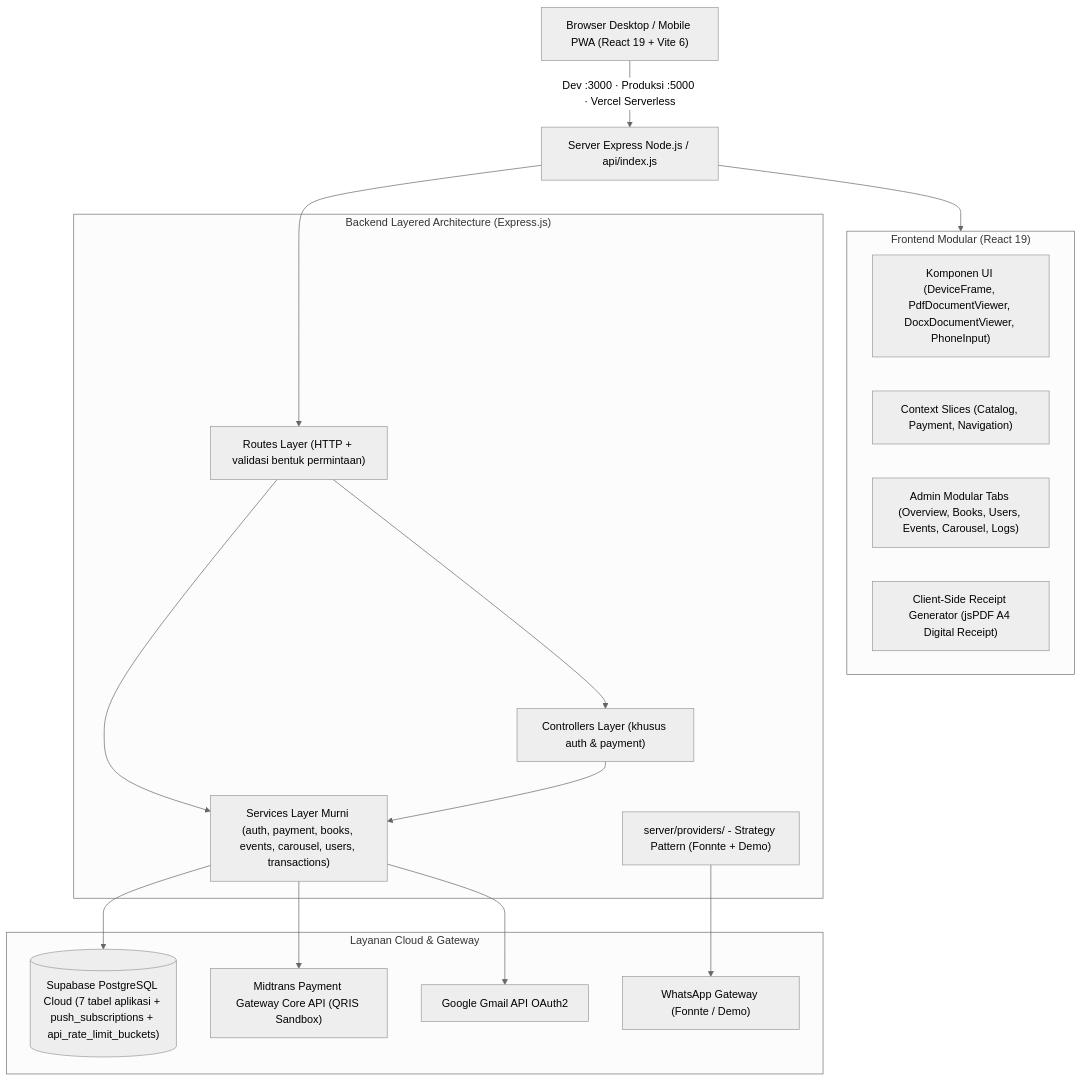
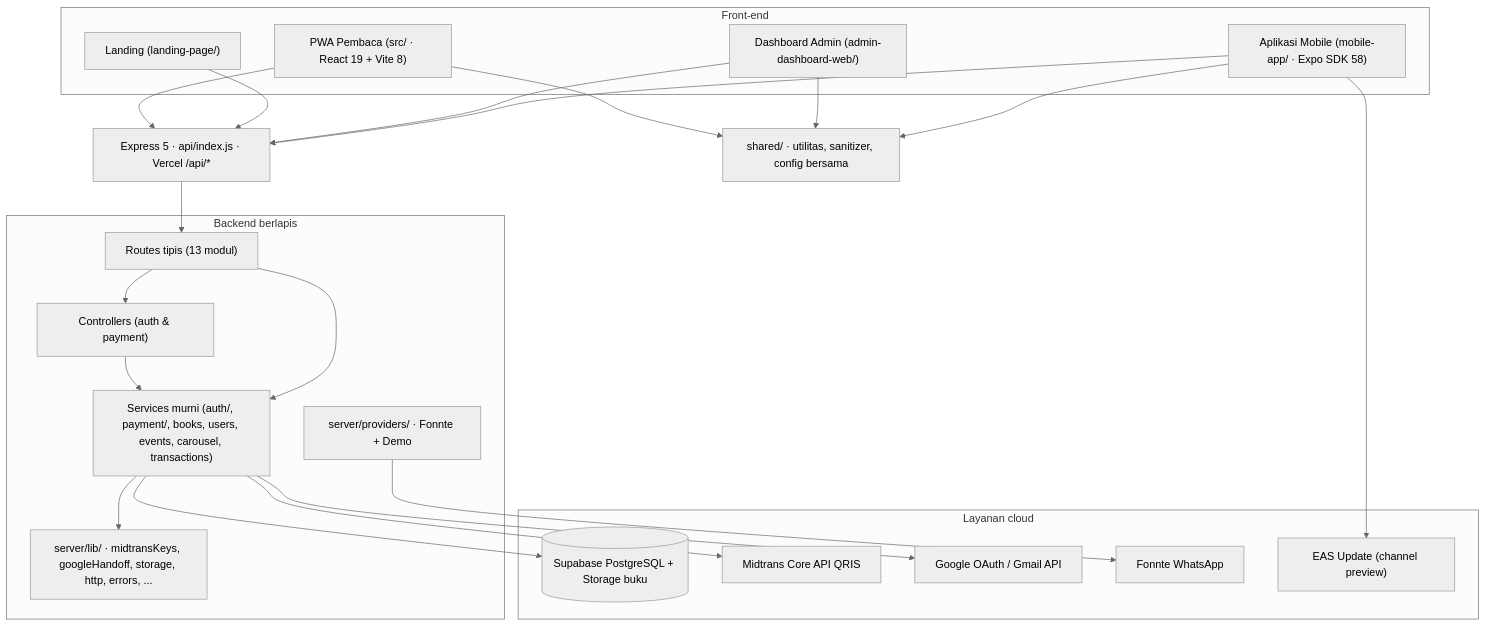
Before and after one commit to daffa-789/Mobile-app-ebook: the diagram in docs/engineering/Master_Memory_Workflow.md, drawn with Mermaid (neutral theme). The commit also changed other lines of this file and 10 other files, not shown here.

````diff
--- a/docs/engineering/Master_Memory_Workflow.md
+++ b/docs/engineering/Master_Memory_Workflow.md
@@ -183,35 +173,48 @@
 ```mermaid
 graph TD
-    Client["Browser Desktop / Mobile PWA (React 19 + Vite 6)"] -->|Dev :3000 · Produksi :5000 · Vercel Serverless| Express["Server Express Node.js / api/index.js"]
-    
-    subgraph Frontend ["Frontend Modular (React 19)"]
-        UI["Komponen UI (DeviceFrame, PdfDocumentViewer, DocxDocumentViewer, PhoneInput)"]
-        State["Context Slices (Catalog, Payment, Navigation)"]
-        AdminTabs["Admin Modular Tabs (Overview, Books, Users, Events, Carousel, Logs)"]
-        Receipt["Client-Side Receipt Generator (jsPDF A4 Digital Receipt)"]
+    PWA["PWA Pembaca (src/ · React 19 + Vite 8)"]
+    LAND["Landing (landing-page/)"]
+    ADMIN["Dashboard Admin (admin-dashboard-web/)"]
+    MOBILE["Aplikasi Mobile (mobile-app/ · Expo SDK 58)"]
+    API["Express 5 · api/index.js · Vercel /api/*"]
+    SHARED["shared/ · utilitas, sanitizer, config bersama"]
+
+    subgraph Frontend ["Front-end"]
+        PWA
+        LAND
+        ADMIN
+        MOBILE
     end
 
-    subgraph Backend ["Backend Layered Architecture (Express.js)"]
-        Routes["Routes Layer (HTTP + validasi bentuk permintaan)"]
-        Controllers["Controllers Layer (khusus auth & payment)"]
-        Services["Services Layer Murni (auth, payment, books, events, carousel, users, transactions)"]
-        WAProviders["server/providers/ - Strategy Pattern (Fonnte + Demo)"]
+    subgraph Backend ["Backend berlapis"]
+        ROUTES["Routes tipis (13 modul)"]
+        CTRL["Controllers (auth & payment)"]
+        SVC["Services murni (auth/, payment/, books, users, events, carousel, transactions)"]
+        LIB["server/lib/ · midtransKeys, googleHandoff, storage, http, errors, ..."]
+        PROV["server/providers/ · Fonnte + Demo"]
     end
 
-    subgraph External ["Layanan Cloud & Gateway"]
-        Supa[("Supabase PostgreSQL Cloud (7 tabel aplikasi + push_subscriptions + api_rate_limit_buckets)")]
-        Midtrans["Midtrans Payment Gateway Core API (QRIS Sandbox)"]
-        Gmail["Google Gmail API OAuth2"]
-        WAGateway["WhatsApp Gateway (Fonnte / Demo)"]
+    subgraph External ["Layanan cloud"]
+        SUPA[("Supabase PostgreSQL + Storage buku")]
+        MID["Midtrans Core API QRIS"]
+        GOOGLE["Google OAuth / Gmail API"]
+        WA["Fonnte WhatsApp"]
+        EAS["EAS Update (channel preview)"]
     end
 
-    Express --> Frontend
-    Express --> Routes
-    Routes --> Controllers
-    Routes --> Services
-    Controllers --> Services
-    Services --> Supa
-    Services --> Midtrans
-    Services --> Gmail
-    WAProviders --> WAGateway
+    PWA --> API
+    LAND --> API
+    ADMIN --> API
+    MOBILE --> API
+    MOBILE --> EAS
+    PWA --> SHARED
+    ADMIN --> SHARED
+    MOBILE --> SHARED
+    API --> ROUTES --> CTRL --> SVC
+    ROUTES --> SVC
+    SVC --> LIB
+    SVC --> SUPA
+    SVC --> MID
+    SVC --> GOOGLE
+    PROV --> WA
 ```
````
